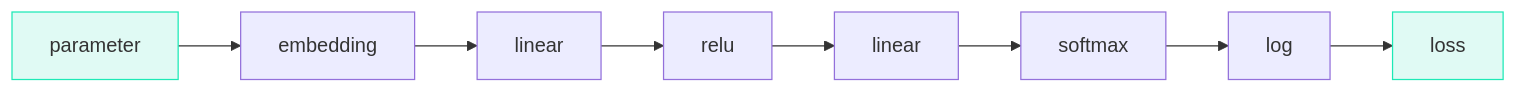
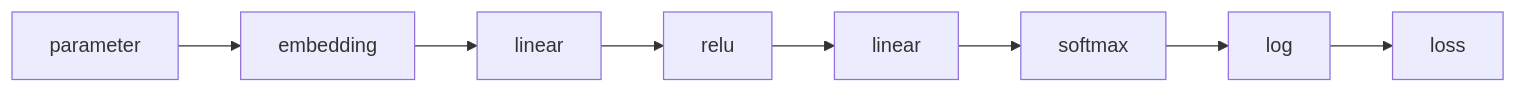
The first of 2 diagrams in docs/02-calculus-and-autograd/01-the-chain-rule.md (iamkhalid2/microgpt-course), drawn with Mermaid before and after one commit. The commit also changed other lines of this file and 20 other files, not shown here.

Commit message:
Remove all inline Mermaid styles - let theme handle colors natively

````diff
--- a/docs/02-calculus-and-autograd/01-the-chain-rule.md
+++ b/docs/02-calculus-and-autograd/01-the-chain-rule.md
@@ -7,7 +7,4 @@
 ```mermaid
 flowchart LR
     A["parameter"] --> B["embedding"] --> C["linear"] --> D["relu"] --> E["linear"] --> F["softmax"] --> G["log"] --> H["loss"]
-
-    style A fill:#e0faf4,stroke:#1de9b6
-    style H fill:#e0faf4,stroke:#1de9b6
 ```
````
